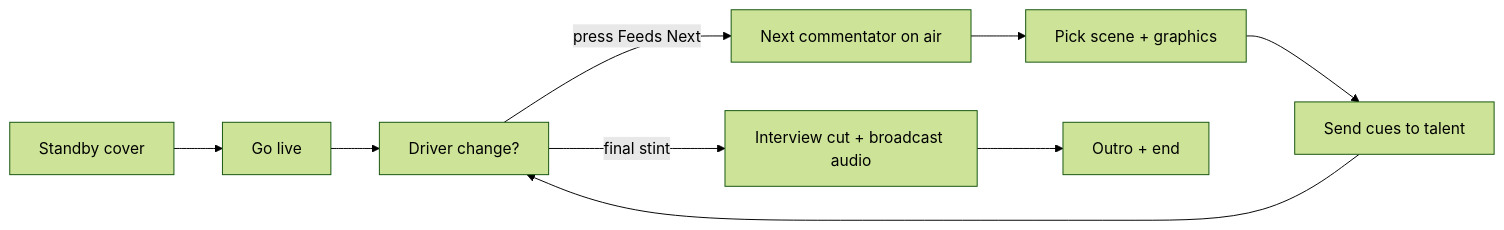
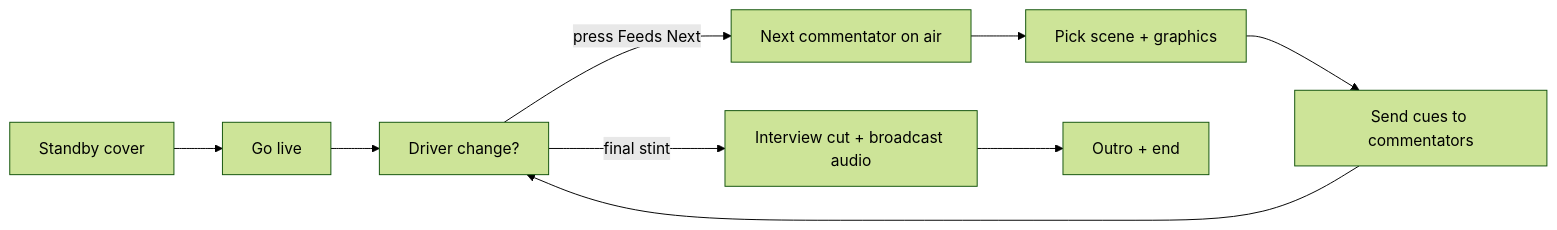
One commit to jegr78/gt-endurance-racing-broadcast changed the diagram in src/docs/slides/diagrams/director-event-flow.mmd. Above: the diagram before and after it, drawn with Mermaid (forest theme). The commit also changed 15 other files, not shown here.

```diff
--- a/src/docs/slides/diagrams/director-event-flow.mmd
+++ b/src/docs/slides/diagrams/director-event-flow.mmd
@@ -1,9 +1,9 @@
 flowchart LR
   A[Standby cover] --> B[Go live]
   B --> C[Driver change?]
   C -->|press Feeds Next| D[Next commentator on air]
   D --> E[Pick scene + graphics]
-  E --> F[Send cues to talent]
+  E --> F[Send cues to commentators]
   F --> C
   C -->|final stint| G[Interview cut + broadcast audio]
   G --> H[Outro + end]
```
